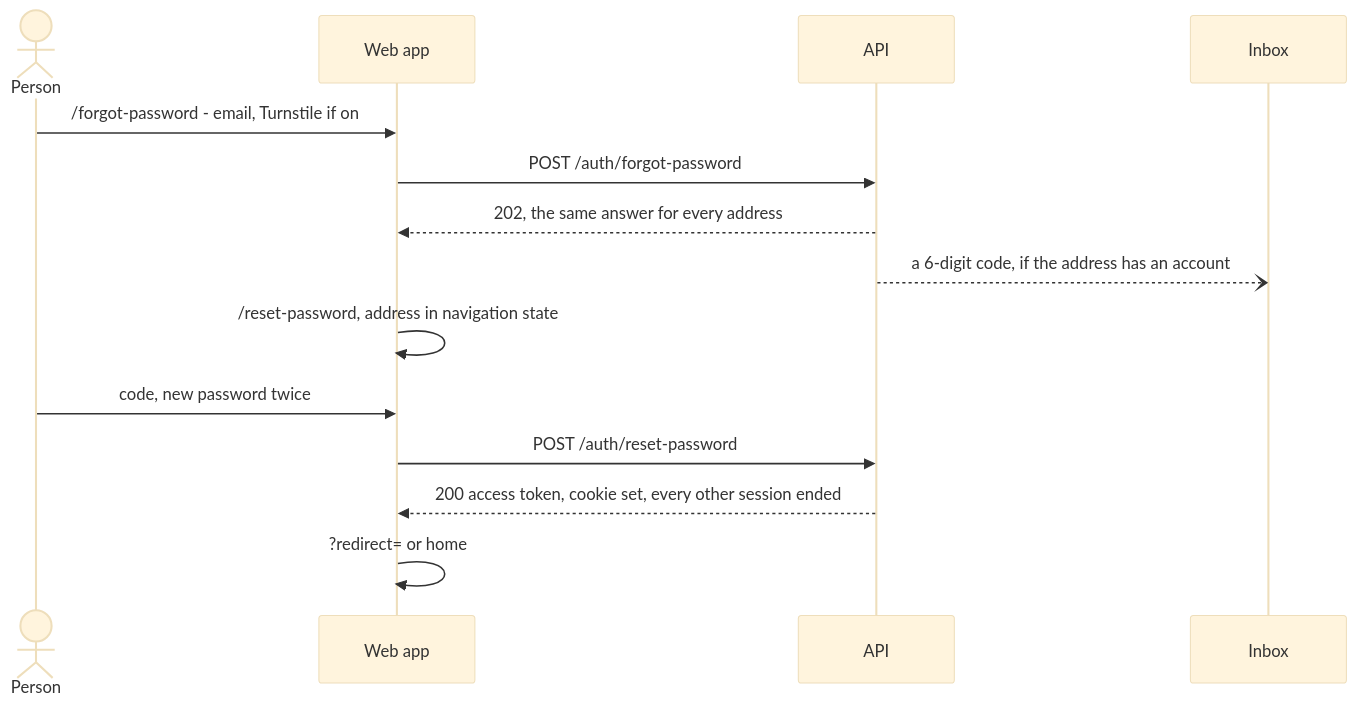
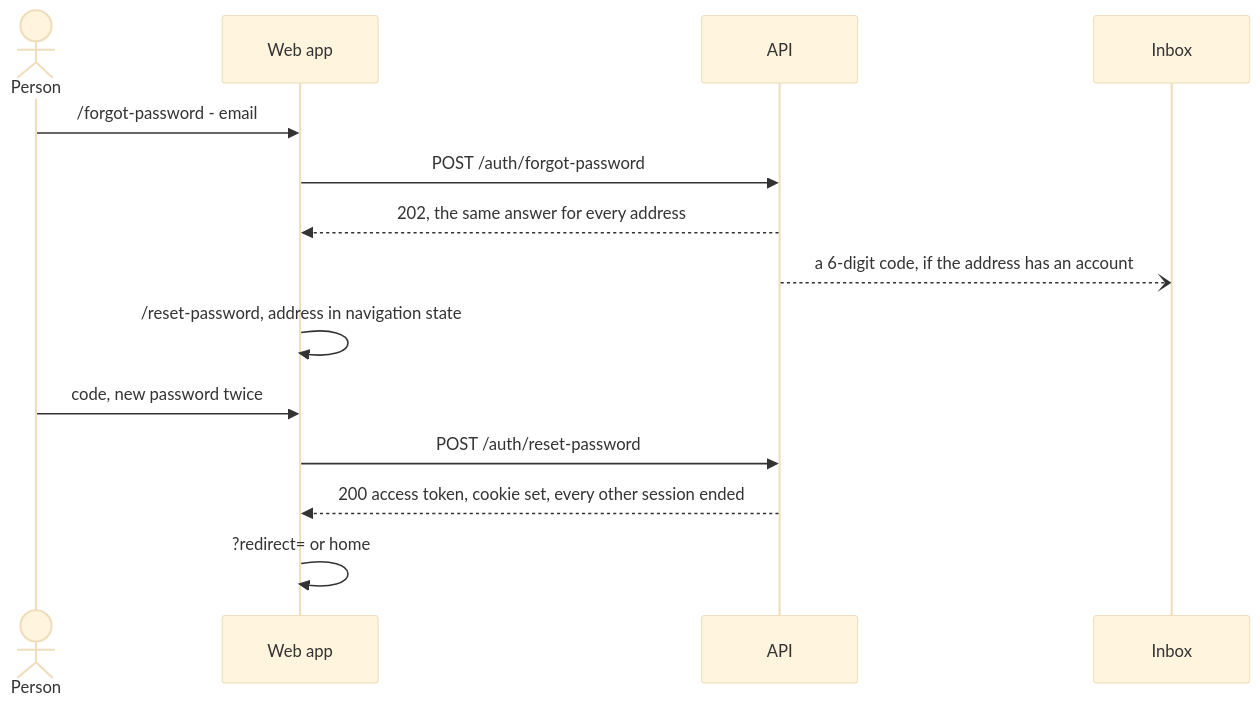
One commit to StoriuSs/NezFocus-Frontend changed the third of 4 diagrams in docs/auth/pages-and-flows.md. Above: the diagram before and after it, drawn with Mermaid (base theme). The commit also changed other lines of this file and 81 other files, not shown here.

````diff
--- a/docs/auth/pages-and-flows.md
+++ b/docs/auth/pages-and-flows.md
@@ -286,16 +227,16 @@
 ```mermaid
 sequenceDiagram
     actor P as Person
     participant App as Web app
     participant API
     participant Inbox
-    P->>App: /forgot-password - email, Turnstile if on
+    P->>App: /forgot-password - email
     App->>API: POST /auth/forgot-password
     API-->>App: 202, the same answer for every address
     API--)Inbox: a 6-digit code, if the address has an account
     App->>App: /reset-password, address in navigation state
     P->>App: code, new password twice
     App->>API: POST /auth/reset-password
     API-->>App: 200 access token, cookie set, every other session ended
     App->>App: ?redirect= or home
 ```
````
